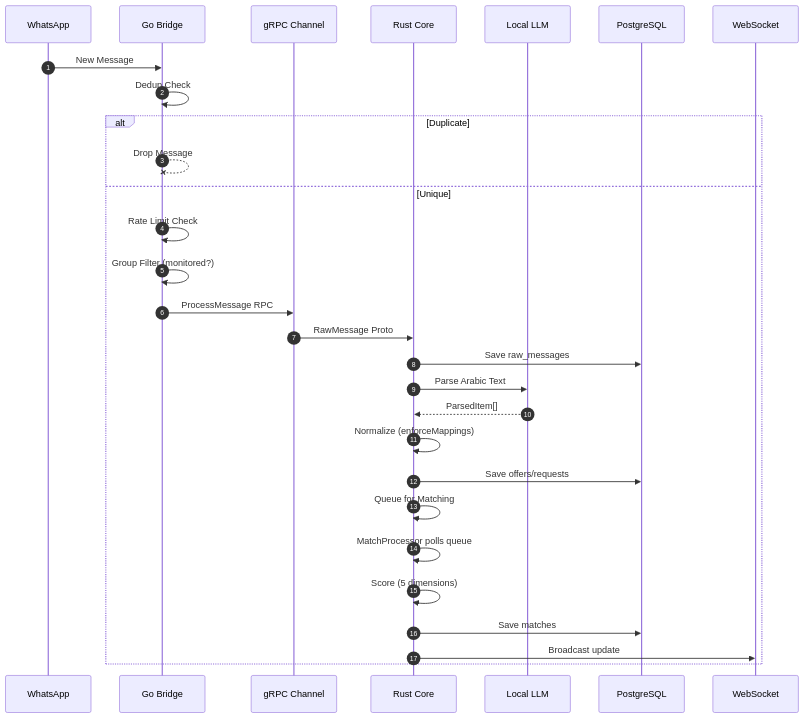
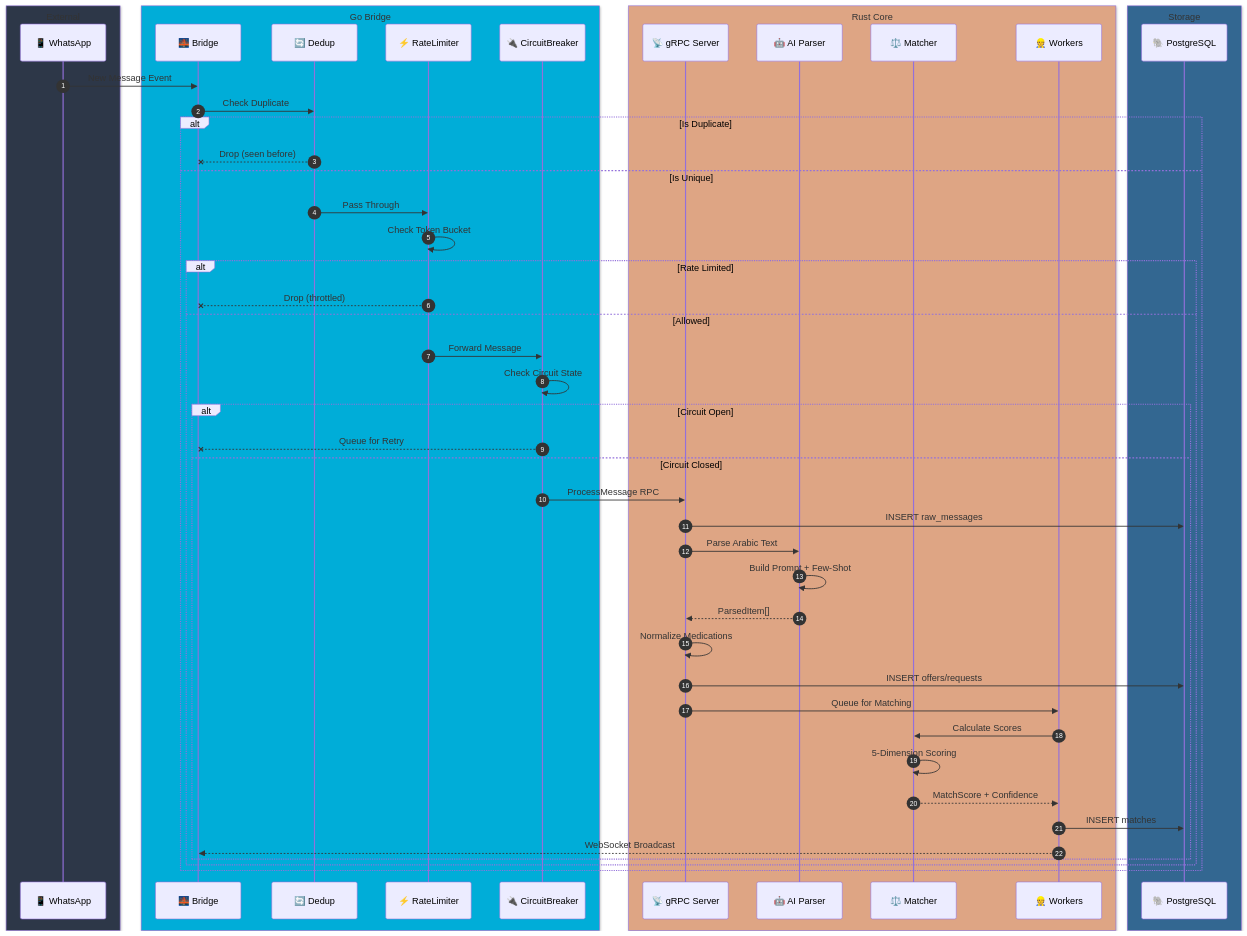
Before and after one commit to sabryio/pharma-broker: the second of 5 diagrams in Readme.md, drawn with Mermaid. The commit also changed other lines of this file and 16 other files, not shown here.

````diff
--- a/Readme.md
+++ b/Readme.md
@@ -90,32 +212,61 @@
 ```mermaid
 sequenceDiagram
     autonumber
-    participant WA as WhatsApp
-    participant Bridge as Go Bridge
-    participant gRPC as gRPC Channel
-    participant Core as Rust Core
-    participant AI as Local LLM
-    participant DB as PostgreSQL
-    participant WS as WebSocket
 
-    WA->>Bridge: New Message
-    Bridge->>Bridge: Dedup Check
-    alt Duplicate
-        Bridge--xBridge: Drop Message
-    else Unique
-        Bridge->>Bridge: Rate Limit Check
-        Bridge->>Bridge: Group Filter (monitored?)
-        Bridge->>gRPC: ProcessMessage RPC
-        gRPC->>Core: RawMessage Proto
-        Core->>DB: Save raw_messages
-        Core->>AI: Parse Arabic Text
-        AI-->>Core: ParsedItem[]
-        Core->>Core: Normalize (enforceMappings)
-        Core->>DB: Save offers/requests
-        Core->>Core: Queue for Matching
-        Core->>Core: MatchProcessor polls queue
-        Core->>Core: Score (5 dimensions)
-        Core->>DB: Save matches
-        Core->>WS: Broadcast update
+    box rgb(45, 55, 72) External
+        participant WA as 📱 WhatsApp
+    end
+
+    box rgb(0, 173, 216) Go Bridge
+        participant B as 🌉 Bridge
+        participant D as 🔄 Dedup
+        participant R as ⚡ RateLimiter
+        participant C as 🔌 CircuitBreaker
+    end
+
+    box rgb(222, 165, 132) Rust Core
+        participant G as 📡 gRPC Server
+        participant P as 🤖 AI Parser
+        participant M as ⚖️ Matcher
+        participant W as 👷 Workers
+    end
+
+    box rgb(51, 103, 145) Storage
+        participant DB as 🐘 PostgreSQL
+    end
+
+    WA->>B: New Message Event
+    B->>D: Check Duplicate
+
+    alt Is Duplicate
+        D--xB: Drop (seen before)
+    else Is Unique
+        D->>R: Pass Through
+        R->>R: Check Token Bucket
+
+        alt Rate Limited
+            R--xB: Drop (throttled)
+        else Allowed
+            R->>C: Forward Message
+            C->>C: Check Circuit State
+
+            alt Circuit Open
+                C--xB: Queue for Retry
+            else Circuit Closed
+                C->>G: ProcessMessage RPC
+                G->>DB: INSERT raw_messages
+                G->>P: Parse Arabic Text
+                P->>P: Build Prompt + Few-Shot
+                P-->>G: ParsedItem[]
+                G->>G: Normalize Medications
+                G->>DB: INSERT offers/requests
+                G->>W: Queue for Matching
+                W->>M: Calculate Scores
+                M->>M: 5-Dimension Scoring
+                M-->>W: MatchScore + Confidence
+                W->>DB: INSERT matches
+                W-->>B: WebSocket Broadcast
+            end
+        end
     end
 ```
````
